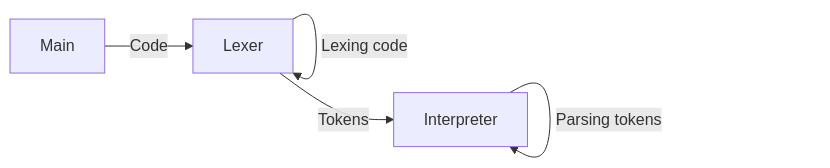
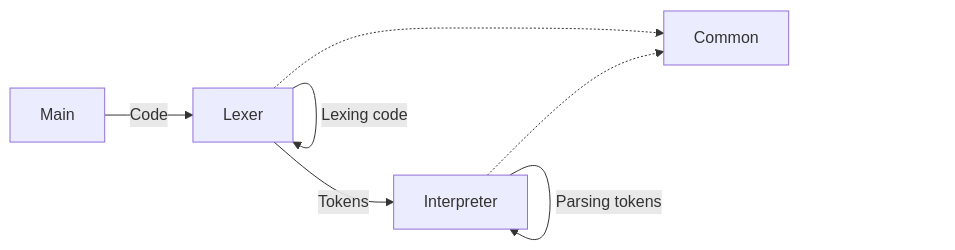
The diagram in README.md (Traumatism/maeel), drawn with Mermaid before and after one commit.

````diff
--- a/README.md
+++ b/README.md
@@ -3,7 +3,10 @@
 ```mermaid
 flowchart LR
     Main -->|Code|Lexer
     Lexer -->|Lexing code|Lexer
     Lexer -->|Tokens|Interpreter
     Interpreter -->|Parsing tokens|Interpreter
+
+    Lexer-.->Common
+    Interpreter-.->Common
 ```
````
